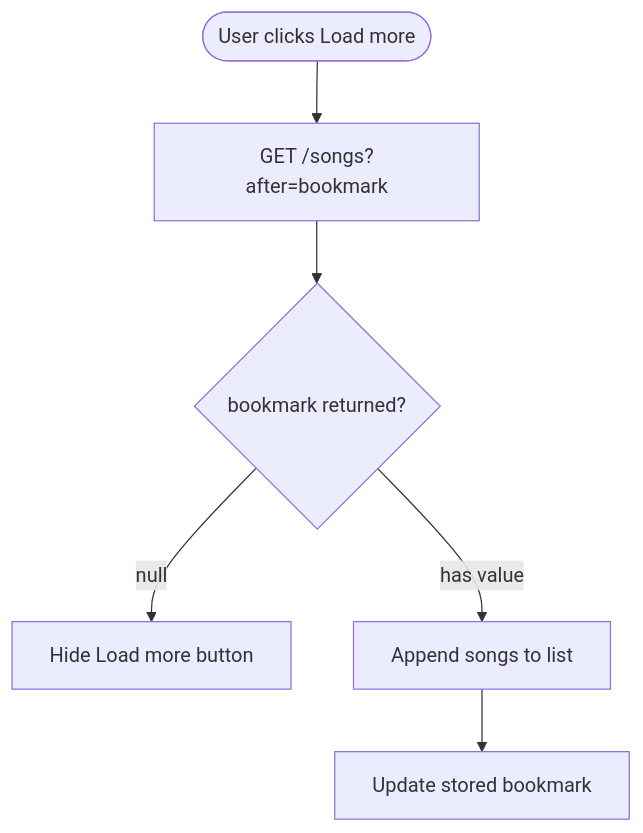
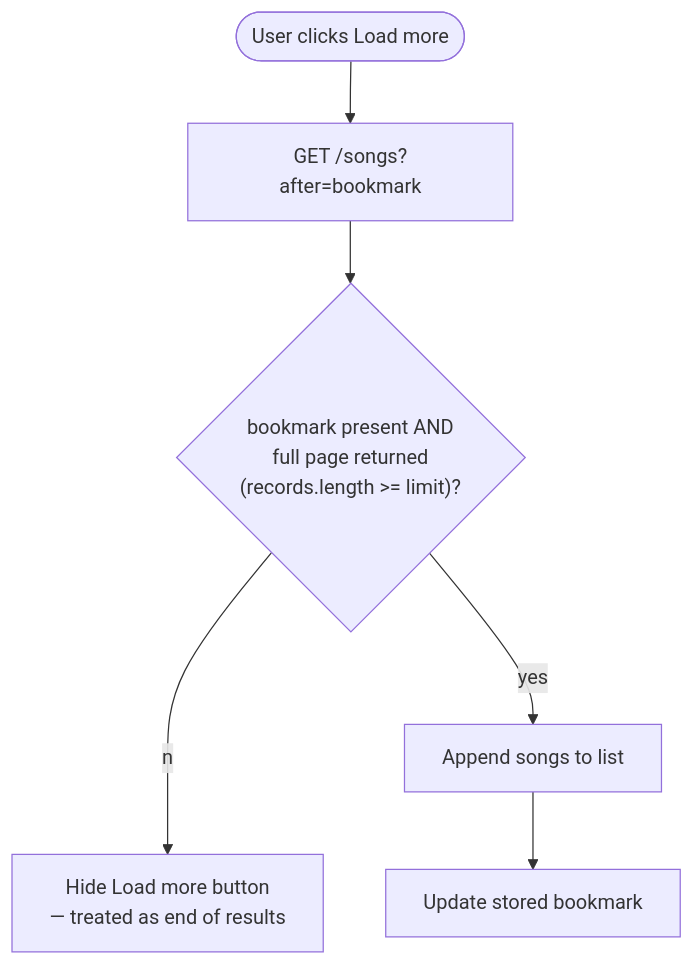
One commit to KarthikUdyawar/melo changed the fourth of 15 diagrams in docs/USER-FLOW.md. Above: the diagram before and after it, drawn with Mermaid. The commit also changed other lines of this file and 26 other files, not shown here.

````diff
--- a/docs/USER-FLOW.md
+++ b/docs/USER-FLOW.md
@@ -58,8 +62,8 @@
 ```mermaid
 flowchart TD
     A([User clicks Load more]) --> B["GET /songs?after=bookmark"]
-    B --> C{bookmark returned?}
-    C --null--> D[Hide Load more button]
-    C --has value--> E[Append songs to list]
+    B --> C{"bookmark present AND\nfull page returned\n(records.length >= limit)?"}
+    C --no--> D[Hide Load more button\n— treated as end of results]
+    C --yes--> E[Append songs to list]
     E --> F[Update stored bookmark]
 ```
````
